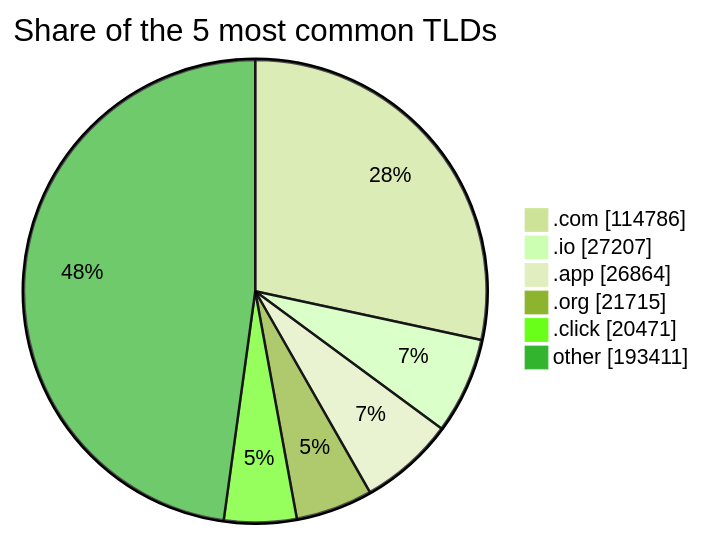
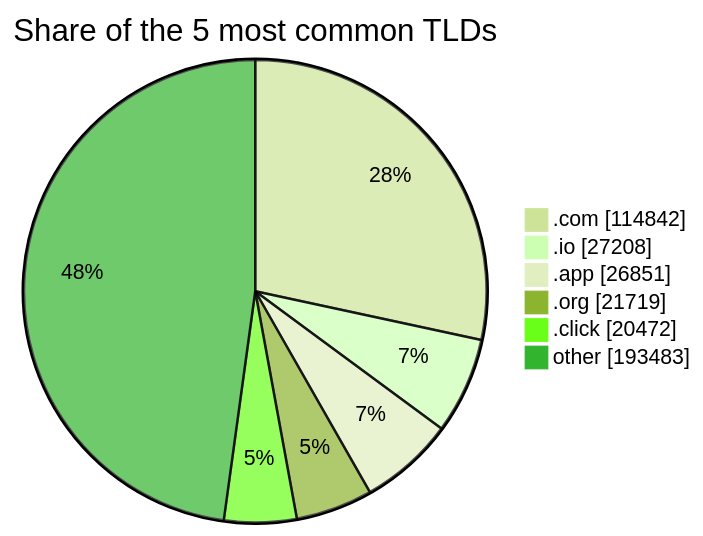
The third of 3 diagrams in README.md (DNSBunker/CTI), drawn with Mermaid (forest theme) before and after one commit. The commit also changed other lines of this file and 3 other files, not shown here.

````diff
--- a/README.md
+++ b/README.md
@@ -81,9 +81,9 @@
 ```mermaid
 pie showData title Share of the 5 most common TLDs
-    ".com" : 114786
-    ".io" : 27207
-    ".app" : 26864
-    ".org" : 21715
-    ".click" : 20471
-    "other" : 193411
+    ".com" : 114842
+    ".io" : 27208
+    ".app" : 26851
+    ".org" : 21719
+    ".click" : 20472
+    "other" : 193483
 ```
````
